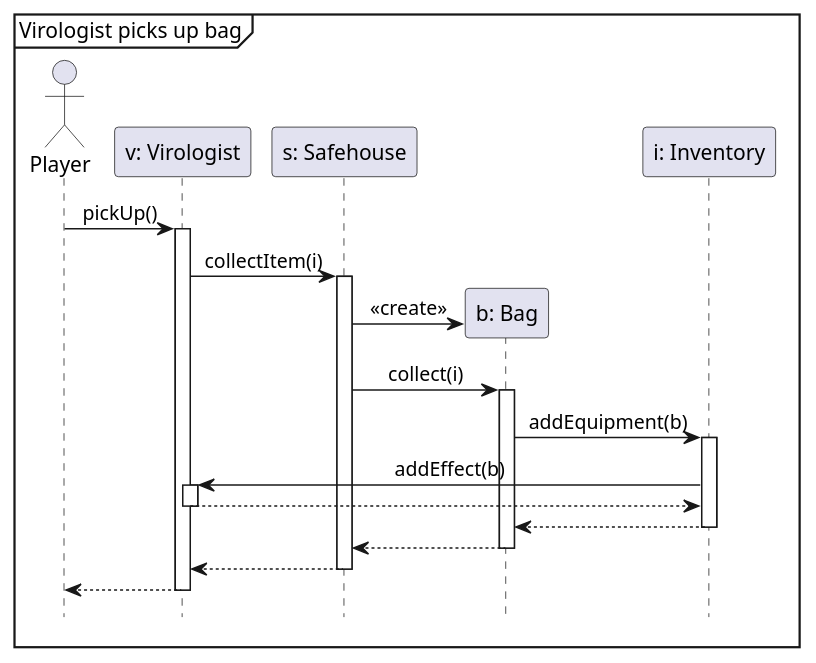
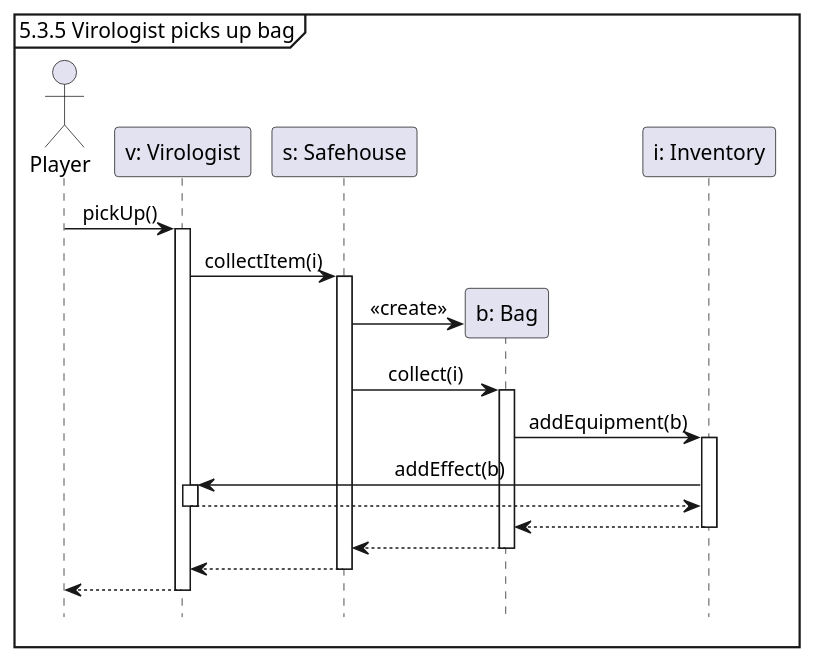
Before and after one commit to Tschonti/503-service-unavailable: the diagram in docs/testCases/sequences/pickUpBag.puml, drawn with PlantUML. The commit also changed 3 other files, not shown here.

Commit message:
Numbered sequence diagrams

```diff
--- a/docs/testCases/sequences/pickUpBag.puml
+++ b/docs/testCases/sequences/pickUpBag.puml
@@ -1,27 +1,27 @@
 @startuml
 'https://plantuml.com/sequence-diagram
 
 hide footbox
 skinparam sequenceMessageAlign center
 
-mainframe Virologist picks up bag
+mainframe 5.3.5 Virologist picks up bag
 
 actor Player as p
 participant "v: Virologist" as v
 participant "s: Safehouse" as s
 participant "b: Bag" as b
 participant "i: Inventory" as i
 
 p -> v ++ : pickUp()
     v -> s ++ : collectItem(i)
         s -> b ** : <<create>>
         s -> b ++ : collect(i)
             b -> i ++ : addEquipment(b)
                 i -> v ++ : addEffect(b)
                 return
             return
         return
     return
 return
 
 @enduml
```
